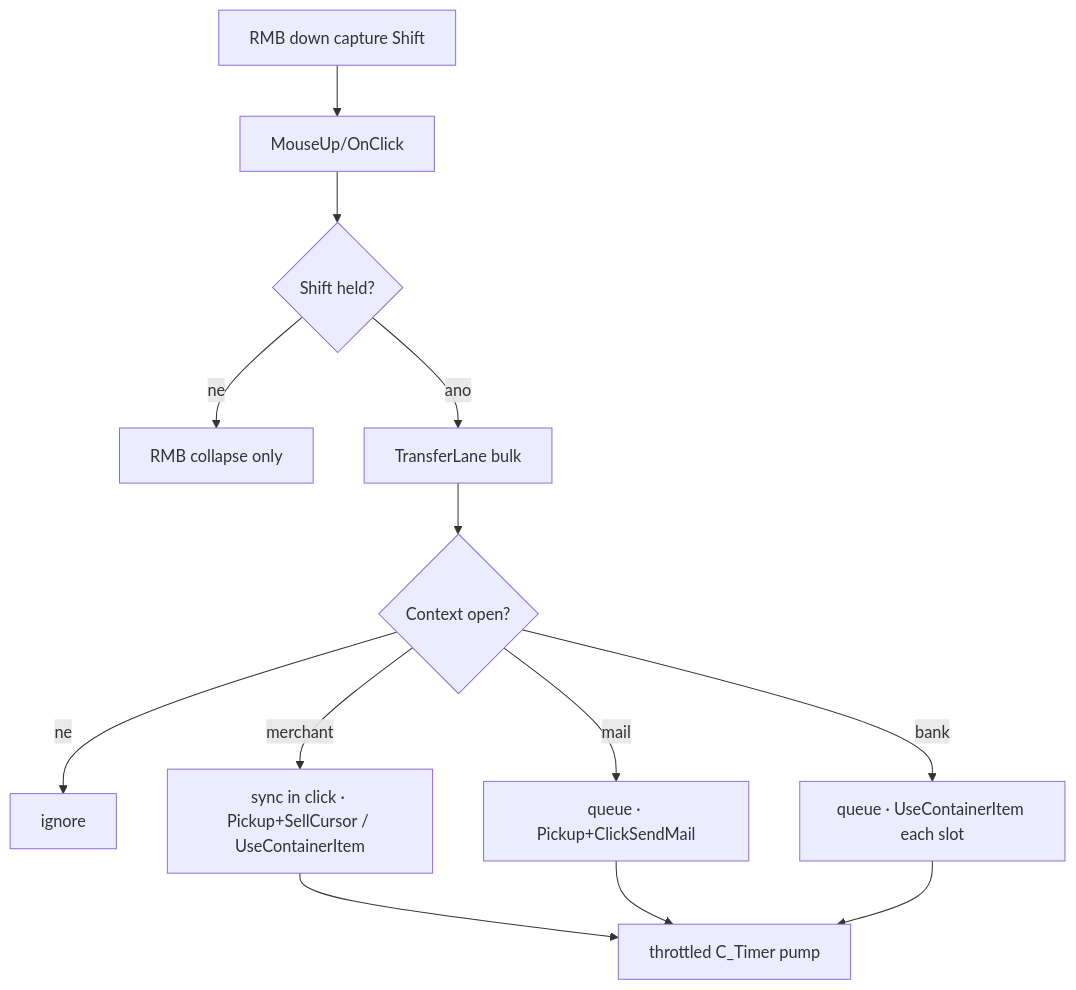
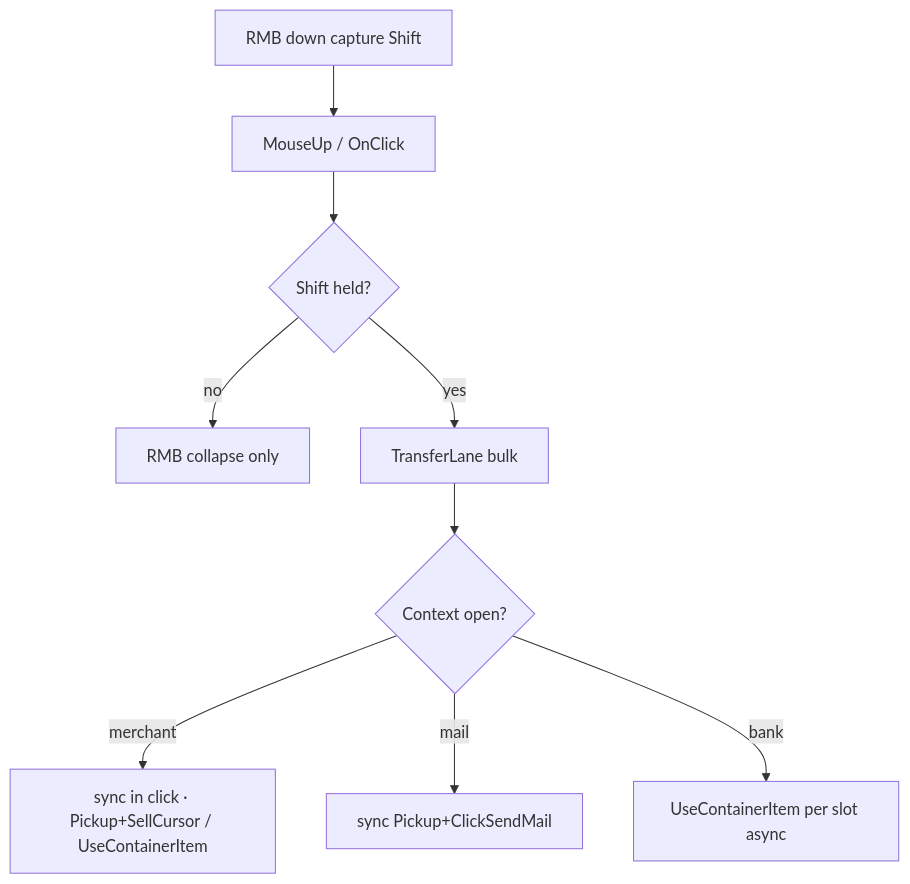
The fifth of 6 diagrams in addons/BetterBackpack/Docs/loops.md (sirTurbisCZ/wow-forever-addons), drawn with Mermaid before and after one commit. The commit also changed other lines of this file and 8 other files, not shown here.

````diff
--- a/addons/BetterBackpack/Docs/loops.md
+++ b/addons/BetterBackpack/Docs/loops.md
@@ -141,15 +92,11 @@
 ```mermaid
 flowchart TD
-  Down[RMB down capture Shift] --> Up[MouseUp/OnClick]
+  Down[RMB down capture Shift] --> Up[MouseUp / OnClick]
   Up --> Shift{Shift held?}
-  Shift -->|ne| Collapse[RMB collapse only]
-  Shift -->|ano| RMB[TransferLane bulk]
+  Shift -->|no| Collapse[RMB collapse only]
+  Shift -->|yes| RMB[TransferLane bulk]
   RMB --> Ctx{Context open?}
-  Ctx -->|ne| Noop[ignore]
   Ctx -->|merchant| Sell[sync in click · Pickup+SellCursor / UseContainerItem]
-  Ctx -->|mail| Mail[queue · Pickup+ClickSendMail]
-  Ctx -->|bank| Bank[queue · UseContainerItem each slot]
-  Sell --> Pump[throttled C_Timer pump]
-  Mail --> Pump
-  Bank --> Pump
+  Ctx -->|mail| Mail[sync Pickup+ClickSendMail]
+  Ctx -->|bank| Bank[UseContainerItem per slot async]
 ```
````
